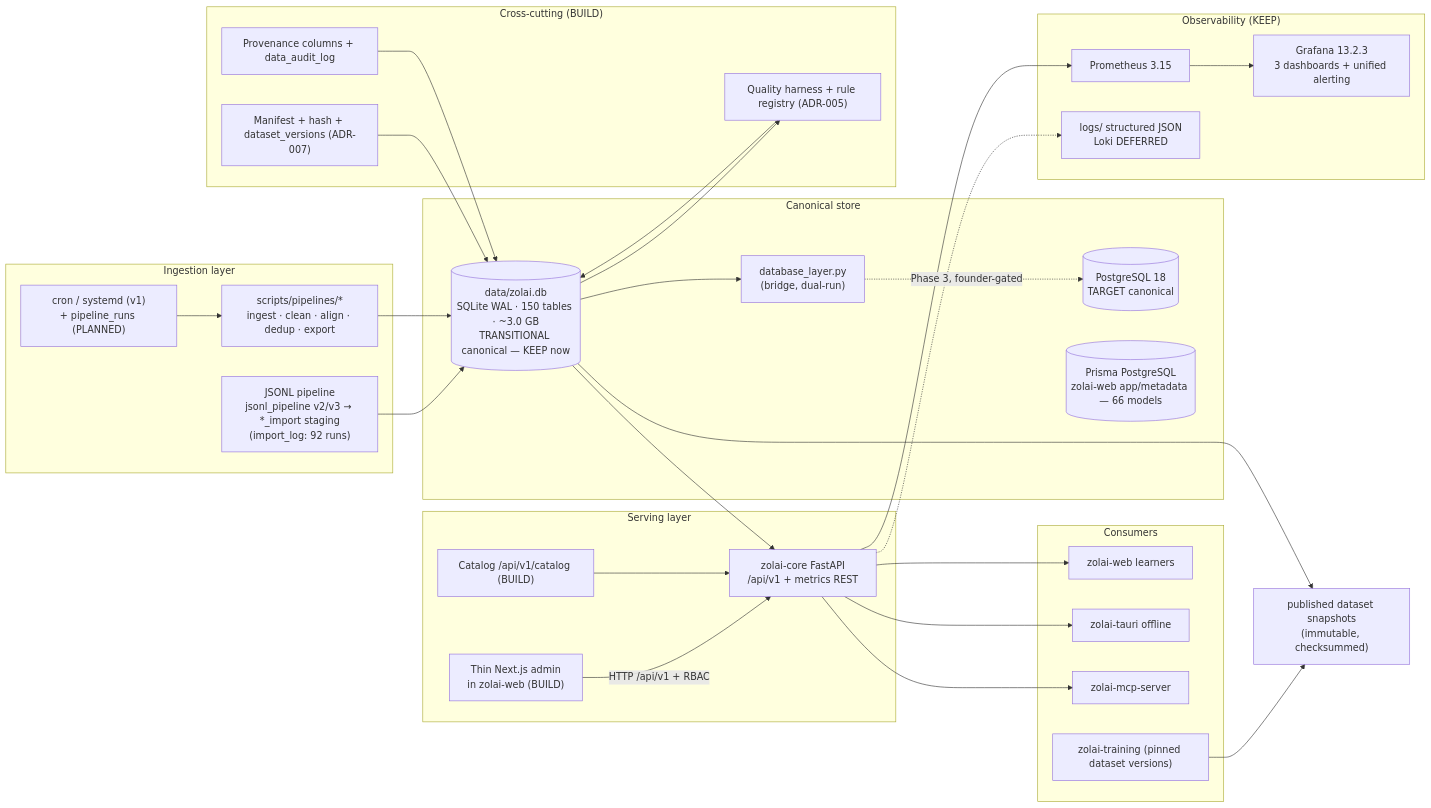
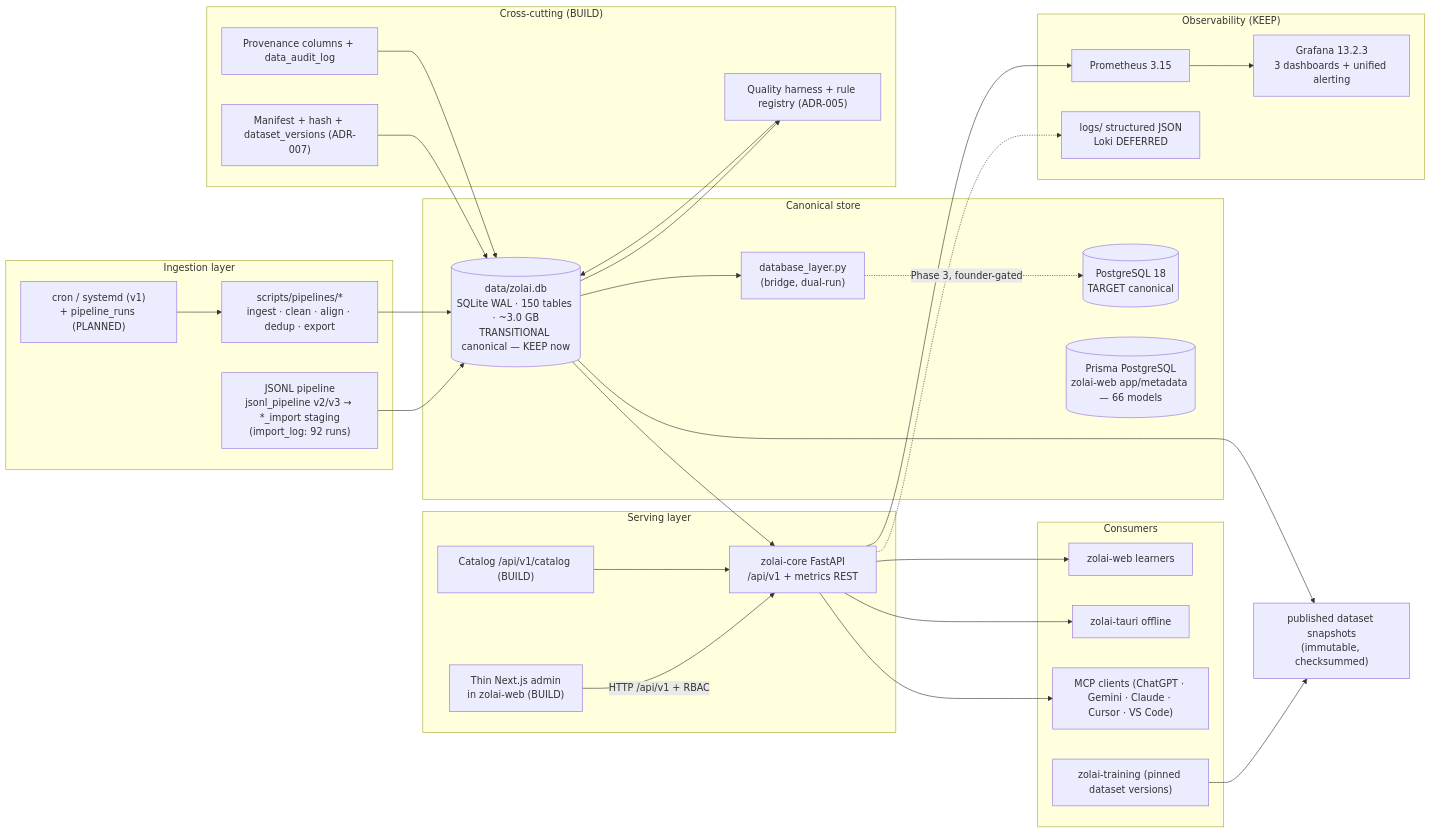
Before and after one commit to Zolai-AI/.github: the second of 2 diagrams in docs/architecture/overview.md, drawn with Mermaid. The commit also changed other lines of this file and 9 other files, not shown here.

Commit message:
docs: sweep stale MCP/Worker claims from root context, diagrams, and health files

````diff
--- a/docs/architecture/overview.md
+++ b/docs/architecture/overview.md
@@ -81,59 +81,59 @@
 ```mermaid
 flowchart LR
   subgraph Ingestion["Ingestion layer"]
     JSONL["JSONL pipeline<br/>jsonl_pipeline v2/v3 → *_import staging<br/>(import_log: 92 runs)"]
     SCRIPTS["scripts/pipelines/*<br/>ingest · clean · align · dedup · export"]
     CRON["cron / systemd (v1)<br/>+ pipeline_runs (PLANNED)"]
     CRON --> SCRIPTS
   end
 
   subgraph Canonical["Canonical store"]
     DB[("data/zolai.db<br/>SQLite WAL · 150 tables · ~3.0 GB<br/>TRANSITIONAL canonical — KEEP now")]
     BR["database_layer.py<br/>(bridge, dual-run)"]
     DB --> BR
     BR -.->|"Phase 3, founder-gated"| PG[("PostgreSQL 18<br/>TARGET canonical")]
     PRISMA[("Prisma PostgreSQL<br/>zolai-web app/metadata — 66 models")]
   end
 
   subgraph Serving["Serving layer"]
     API["zolai-core FastAPI<br/>/api/v1 + metrics REST"]
     ADMIN["Thin Next.js admin<br/>in zolai-web (BUILD)"]
     CAT["Catalog /api/v1/catalog (BUILD)"]
   end
 
   subgraph Consumers["Consumers"]
     WEB2["zolai-web learners"]
     TAURI2["zolai-tauri offline"]
-    MCP2["zolai-mcp-server"]
+    MCP2["MCP clients (ChatGPT · Gemini · Claude · Cursor · VS Code)"]
     TRAIN["zolai-training (pinned dataset versions)"]
   end
 
   subgraph Observability["Observability (KEEP)"]
     PROM["Prometheus 3.15"]
     GRAF["Grafana 13.2.3<br/>3 dashboards + unified alerting"]
     LOGS["logs/ structured JSON<br/>Loki DEFERRED"]
   end
 
   subgraph Crosscut["Cross-cutting (BUILD)"]
     QUAL["Quality harness + rule registry (ADR-005)"]
     PROV["Provenance columns + data_audit_log"]
     VER["Manifest + hash + dataset_versions (ADR-007)"]
   end
 
   JSONL --> DB
   SCRIPTS --> DB
   DB --> API
   DB --> QUAL
   QUAL --> DB
   VER --> DB
   PROV --> DB
   API --> WEB2
   API --> TAURI2
   API --> MCP2
   ADMIN -->|"HTTP /api/v1 + RBAC"| API
   CAT --> API
   TRAIN --> DS2["published dataset snapshots<br/>(immutable, checksummed)"]
   DB --> DS2
   API --> PROM --> GRAF
   API -.-> LOGS
 ```
````
